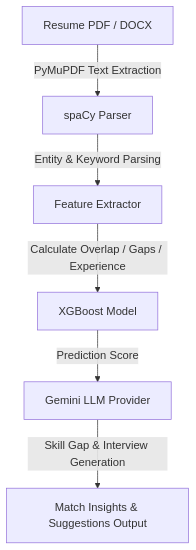
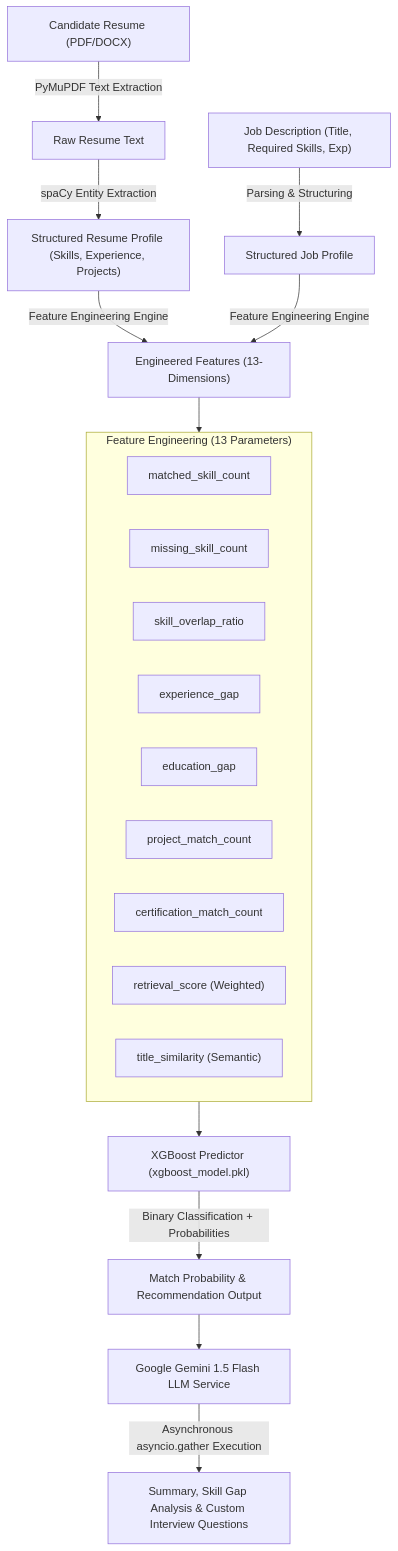
The second of 3 diagrams in README.md (mansi-wagh/RecruitIQ), drawn with Mermaid before and after one commit. The commit also changed other lines of this file and 6 other files, not shown here.

Commit message:
docs: update README documentation with enhanced feature descriptions, architecture diagrams, and new screenshots.

````diff
--- a/README.md
+++ b/README.md
@@ -76,8 +133,26 @@
 ```mermaid
 flowchart TD
-    A[Resume PDF / DOCX] -->|PyMuPDF Text Extraction| B[spaCy Parser]
-    B -->|Entity & Keyword Parsing| C[Feature Extractor]
-    C -->|Calculate Overlap / Gaps / Experience| D[XGBoost Model]
-    D -->|Prediction Score| E[Gemini LLM Provider]
-    E -->|Skill Gap & Interview Generation| F[Match Insights & Suggestions Output]
+    A["Candidate Resume (PDF/DOCX)"] -->|PyMuPDF Text Extraction| B["Raw Resume Text"]
+    B -->|spaCy Entity Extraction| C["Structured Resume Profile (Skills, Experience, Projects)"]
+    Job["Job Description (Title, Required Skills, Exp)"] -->|Parsing & Structuring| D["Structured Job Profile"]
+    C & D -->|Feature Engineering Engine| E["Engineered Features (13-Dimensions)"]
+    
+    subgraph Feature_Engineering ["Feature Engineering (13 Parameters)"]
+        E1["matched_skill_count"]
+        E2["missing_skill_count"]
+        E3["skill_overlap_ratio"]
+        E4["experience_gap"]
+        E5["education_gap"]
+        E6["project_match_count"]
+        E7["certification_match_count"]
+        E8["retrieval_score (Weighted)"]
+        E9["title_similarity (Semantic)"]
+    end
+    
+    E --> Feature_Engineering
+    Feature_Engineering --> F["XGBoost Predictor (xgboost_model.pkl)"]
+    F -->|Binary Classification + Probabilities| G["Match Probability & Recommendation Output"]
+    
+    G --> H["Google Gemini 1.5 Flash LLM Service"]
+    H -->|Asynchronous asyncio.gather Execution| I["Summary, Skill Gap Analysis & Custom Interview Questions"]
 ```
````
